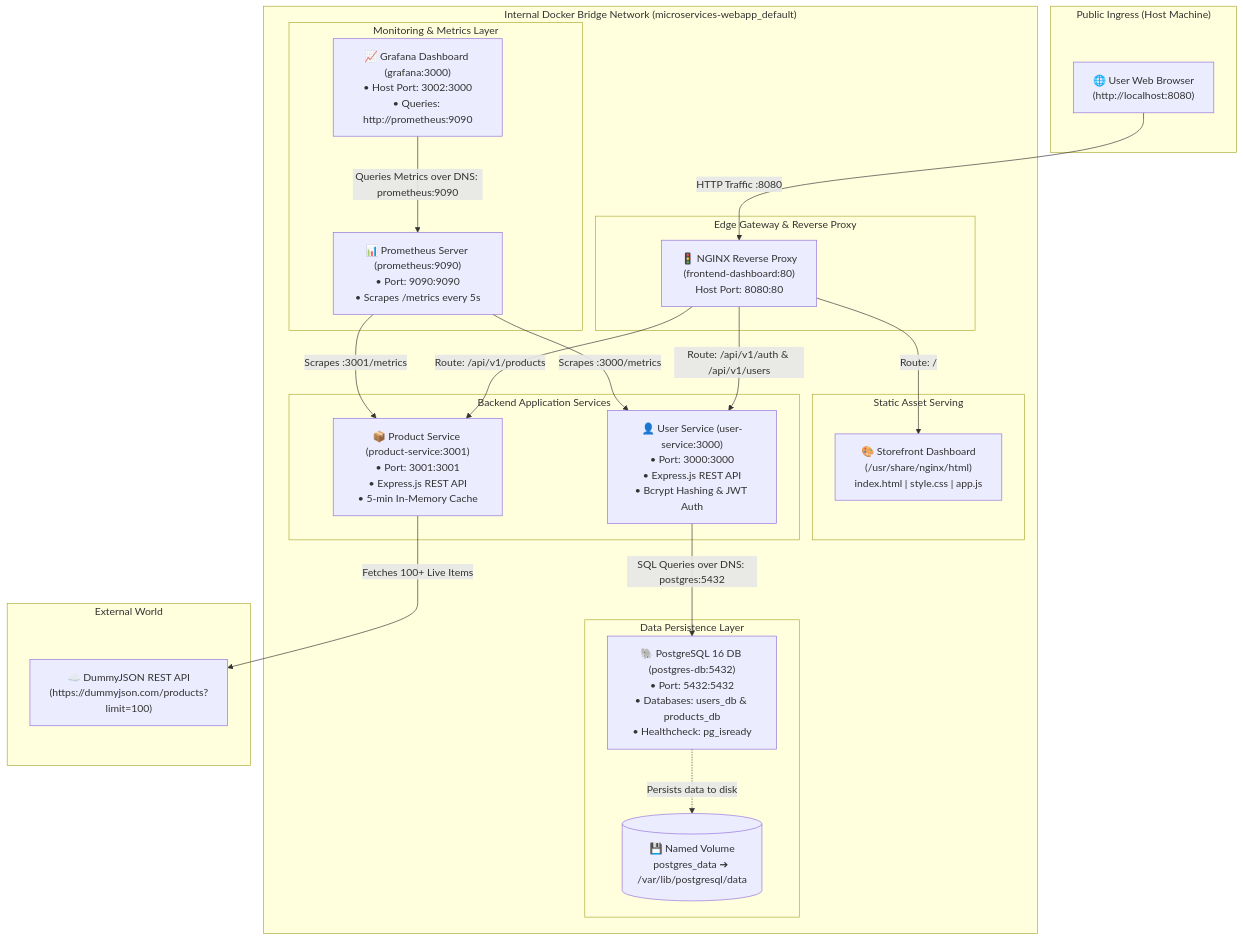
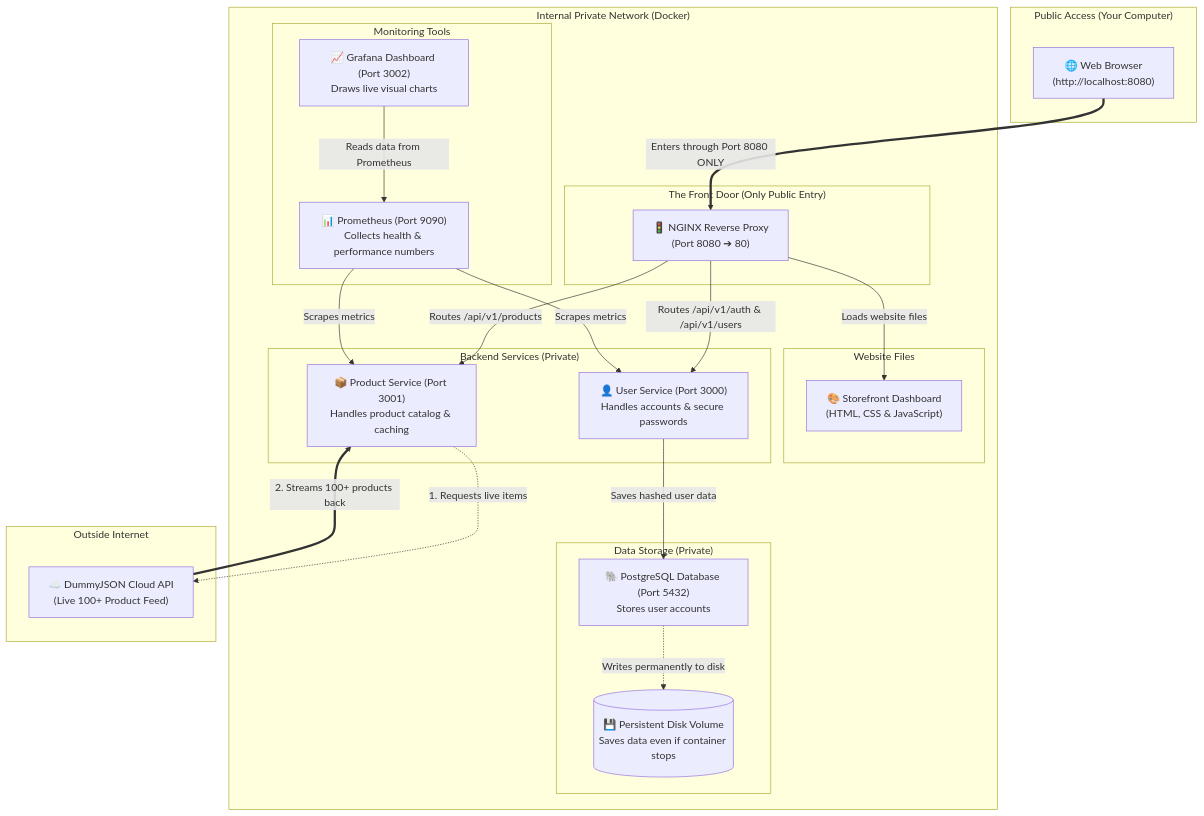
The diagram in README.md (DeemanthaGunasekara/cloud-native-microservices-platform), drawn with Mermaid before and after one commit. The commit also changed other lines of this file, not shown here.

Commit message:
docs: streamline README with clear simple language, updated architecture diagram, and components inventory

````diff
--- a/README.md
+++ b/README.md
@@ -9,56 +9,57 @@
 ```mermaid
 flowchart TD
-    subgraph Client["Public Ingress (Host Machine)"]
-        Browser["🌐 User Web Browser\n(http://localhost:8080)"]
+    subgraph Client["Public Access (Your Computer)"]
+        Browser["🌐 Web Browser\n(http://localhost:8080)"]
     end
 
-    subgraph DockerNetwork["Internal Docker Bridge Network (microservices-webapp_default)"]
+    subgraph DockerNetwork["Internal Private Network (Docker)"]
         
-        subgraph GatewayTier["Edge Gateway & Reverse Proxy"]
-            Nginx["🚦 NGINX Reverse Proxy\n(frontend-dashboard:80)\nHost Port: 8080:80"]
+        subgraph GatewayTier["The Front Door (Only Public Entry)"]
+            Nginx["🚦 NGINX Reverse Proxy\n(Port 8080 ➔ 80)"]
         end
 
-        subgraph FrontendTier["Static Asset Serving"]
-            StaticFiles["🎨 Storefront Dashboard\n(/usr/share/nginx/html)\nindex.html | style.css | app.js"]
+        subgraph FrontendTier["Website Files"]
+            StaticFiles["🎨 Storefront Dashboard\n(HTML, CSS & JavaScript)"]
         end
 
-        subgraph MicroservicesTier["Backend Application Services"]
-            UserService["👤 User Service (user-service:3000)\n• Port: 3000:3000\n• Express.js REST API\n• Bcrypt Hashing & JWT Auth"]
-            ProductService["📦 Product Service (product-service:3001)\n• Port: 3001:3001\n• Express.js REST API\n• 5-min In-Memory Cache"]
+        subgraph MicroservicesTier["Backend Services (Private)"]
+            UserService["👤 User Service (Port 3000)\nHandles accounts & secure passwords"]
+            ProductService["📦 Product Service (Port 3001)\nHandles product catalog & caching"]
         end
 
-        subgraph DatabaseTier["Data Persistence Layer"]
-            Postgres["🐘 PostgreSQL 16 DB (postgres-db:5432)\n• Port: 5432:5432\n• Databases: users_db & products_db\n• Healthcheck: pg_isready"]
-            Volume[("💾 Named Volume\npostgres_data ➔ /var/lib/postgresql/data")]
+        subgraph DatabaseTier["Data Storage (Private)"]
+            Postgres["🐘 PostgreSQL Database (Port 5432)\nStores user accounts"]
+            Volume[("💾 Persistent Disk Volume\nSaves data even if container stops")]
         end
 
-        subgraph ObservabilityTier["Monitoring & Metrics Layer"]
-            Prometheus["📊 Prometheus Server (prometheus:9090)\n• Port: 9090:9090\n• Scrapes /metrics every 5s"]
-            Grafana["📈 Grafana Dashboard (grafana:3000)\n• Host Port: 3002:3000\n• Queries: http://prometheus:9090"]
+        subgraph ObservabilityTier["Monitoring Tools"]
+            Prometheus["📊 Prometheus (Port 9090)\nCollects health & performance numbers"]
+            Grafana["📈 Grafana Dashboard (Port 3002)\nDraws live visual charts"]
         end
     end
 
-    subgraph ExternalWeb["External World"]
-        DummyJSON["☁️ DummyJSON REST API\n(https://dummyjson.com/products?limit=100)"]
+    subgraph ExternalWeb["Outside Internet"]
+        DummyJSON["☁️ DummyJSON Cloud API\n(Live 100+ Product Feed)"]
     end
 
-    %% Client Traffic Flow
-    Browser -->|HTTP Traffic :8080| Nginx
+    %% Inbound traffic
+    Browser ==>|Enters through Port 8080 ONLY| Nginx
 
-    %% Reverse Proxy Path Routing
-    Nginx -->|Route: / | StaticFiles
-    Nginx -->|Route: /api/v1/auth & /api/v1/users| UserService
-    Nginx -->|Route: /api/v1/products| ProductService
+    %% Internal routing
+    Nginx -->|Loads website files| StaticFiles
+    Nginx -->|Routes /api/v1/auth & /api/v1/users| UserService
+    Nginx -->|Routes /api/v1/products| ProductService
 
-    %% Microservice to Database Communication
-    UserService -->|SQL Queries over DNS: postgres:5432| Postgres
-    Postgres -.->|Persists data to disk| Volume
+    %% Database saving
+    UserService -->|Saves hashed user data| Postgres
+    Postgres -.->|Writes permanently to disk| Volume
 
-    %% Product Service to External API
-    ProductService -->|Fetches 100+ Live Items| DummyJSON
+    %% Live internet data pull
+    ProductService -.->|1. Requests live items| DummyJSON
+    DummyJSON ==>|2. Streams 100+ products back| ProductService
 
-    %% Observability Scraping
-    Prometheus -->|Scrapes :3000/metrics| UserService
-    Prometheus -->|Scrapes :3001/metrics| ProductService
-    Grafana -->|Queries Metrics over DNS: prometheus:9090| Prometheus
+    %% Monitoring
+    Prometheus -->|Scrapes metrics| UserService
+    Prometheus -->|Scrapes metrics| ProductService
+    Grafana -->|Reads data from Prometheus| Prometheus
 ```
````
